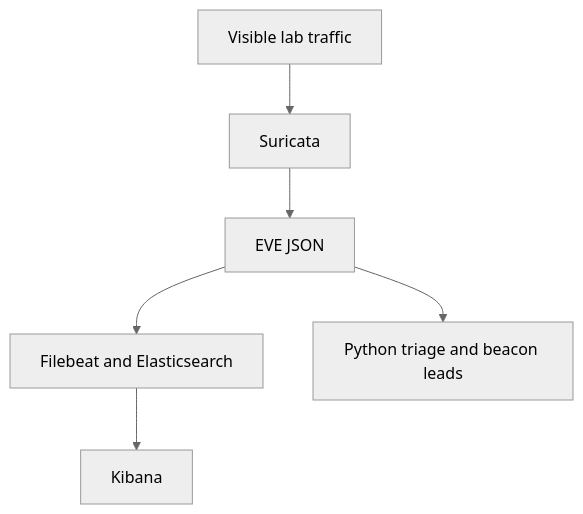
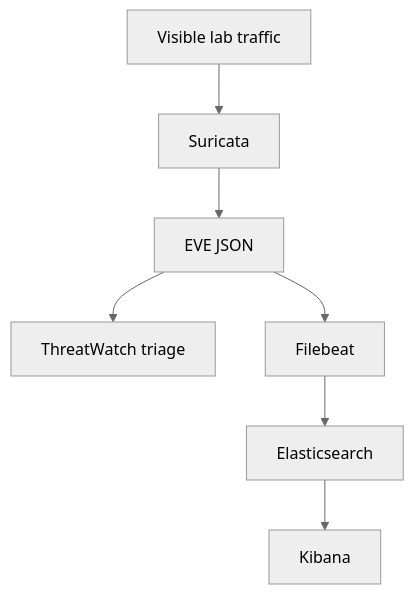
Before and after one commit to mdalamin-infosec/Security-Labs: the diagram in realtime-threat-detection-elk/README.md, drawn with Mermaid (neutral theme). The commit also changed other lines of this file and 35 other files, not shown here.

Commit message:
docs: strengthen validation, architecture and security engineering guidance

````diff
--- a/realtime-threat-detection-elk/README.md
+++ b/realtime-threat-detection-elk/README.md
@@ -8,8 +9,9 @@
 ```mermaid
 flowchart TD
   A["Visible lab traffic"] --> B["Suricata"]
   B --> C["EVE JSON"]
-  C --> D["Filebeat and Elasticsearch"]
-  D --> E["Kibana"]
-  C --> F["Python triage and beacon leads"]
+  C --> D["ThreatWatch triage"]
+  C --> E["Filebeat"]
+  E --> F["Elasticsearch"]
+  F --> G["Kibana"]
 ```
````
